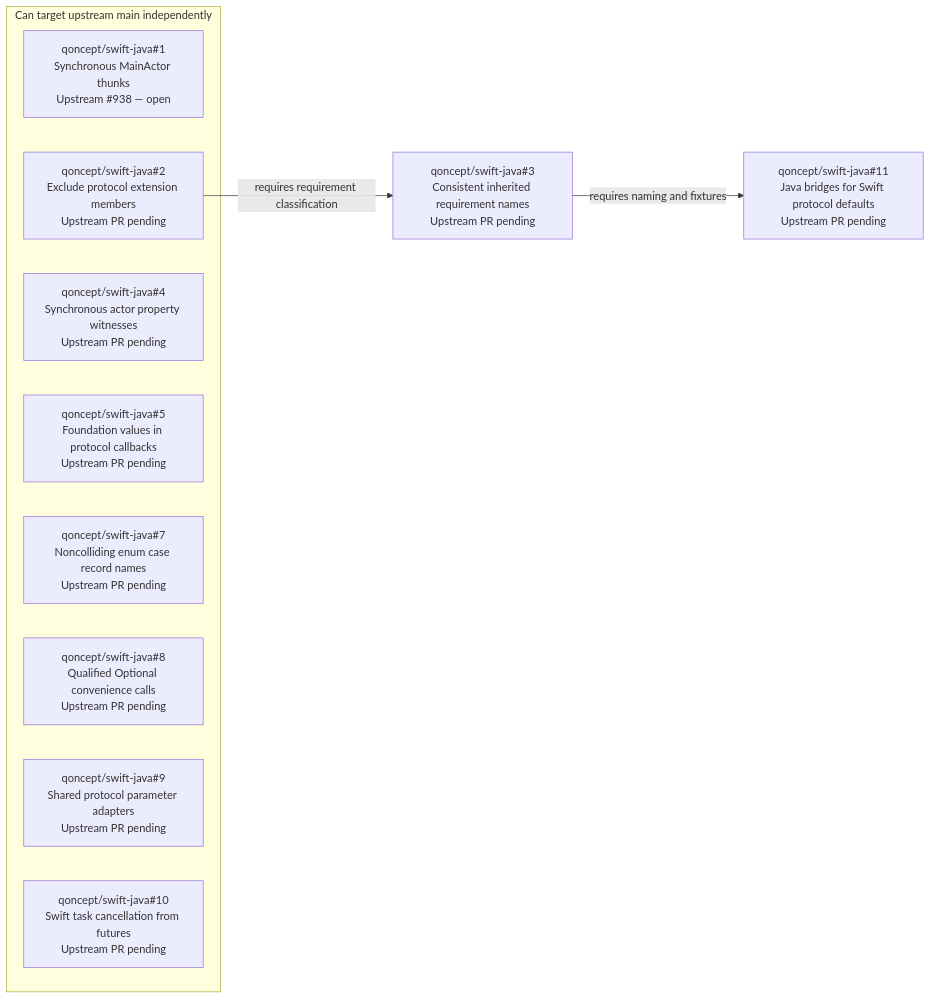
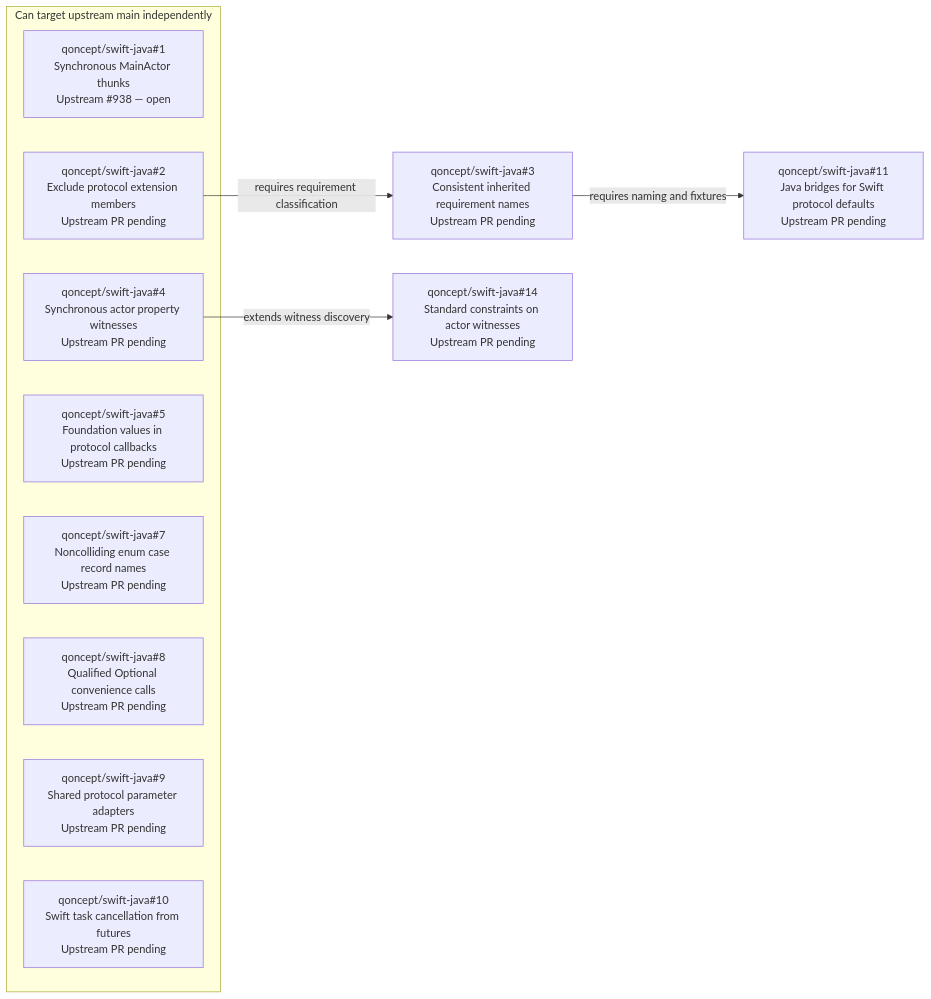
One commit to qoncept/swift-java changed the diagram in pr-dependencies.md. Above: the diagram before and after it, drawn with Mermaid. The commit also changed other lines of this file, not shown here.

Commit message:
docs: extend upstream dependency map through origin #14

````diff
--- a/pr-dependencies.md
+++ b/pr-dependencies.md
@@ -21,18 +21,20 @@
 ```mermaid
 flowchart LR
     subgraph independent["Can target upstream main independently"]
         MAIN_ACTOR["qoncept/swift-java#1<br/>Synchronous MainActor thunks<br/>Upstream #938 — open"]
         PROTOCOL_EXT["qoncept/swift-java#2<br/>Exclude protocol extension members<br/>Upstream PR pending"]
         ACTOR_PROPERTIES["qoncept/swift-java#4<br/>Synchronous actor property witnesses<br/>Upstream PR pending"]
         FOUNDATION["qoncept/swift-java#5<br/>Foundation values in protocol callbacks<br/>Upstream PR pending"]
         ENUM_NAMES["qoncept/swift-java#7<br/>Noncolliding enum case record names<br/>Upstream PR pending"]
         OPTIONAL_CALLS["qoncept/swift-java#8<br/>Qualified Optional convenience calls<br/>Upstream PR pending"]
         PROTOCOL_ADAPTERS["qoncept/swift-java#9<br/>Shared protocol parameter adapters<br/>Upstream PR pending"]
         ASYNC_CANCEL["qoncept/swift-java#10<br/>Swift task cancellation from futures<br/>Upstream PR pending"]
     end
 
     PROTOCOL_NAMES["qoncept/swift-java#3<br/>Consistent inherited requirement names<br/>Upstream PR pending"]
     PROTOCOL_DEFAULTS["qoncept/swift-java#11<br/>Java bridges for Swift protocol defaults<br/>Upstream PR pending"]
+    ACTOR_CONSTRAINTS["qoncept/swift-java#14<br/>Standard constraints on actor witnesses<br/>Upstream PR pending"]
     PROTOCOL_EXT -->|"requires requirement classification"| PROTOCOL_NAMES
     PROTOCOL_NAMES -->|"requires naming and fixtures"| PROTOCOL_DEFAULTS
+    ACTOR_PROPERTIES -->|"extends witness discovery"| ACTOR_CONSTRAINTS
 ```
````
